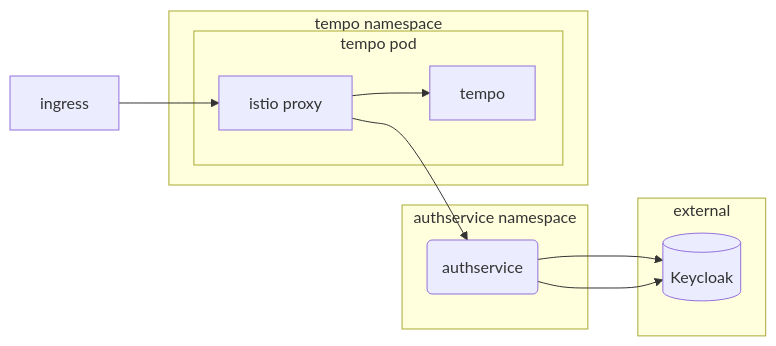
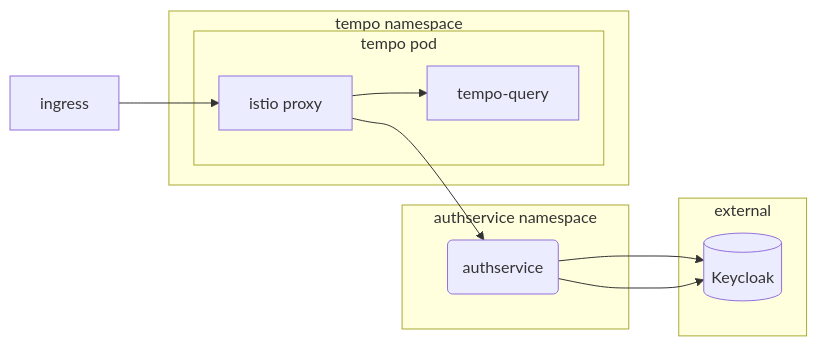
The second of 2 diagrams in docs/understanding-bigbang/package-architecture/tempo.md (alfredodiaz53/big-bang), drawn with Mermaid before and after one commit. The commit also changed other lines of this file, not shown here.

Commit message:
more updates

````diff
--- a/docs/understanding-bigbang/package-architecture/tempo.md
+++ b/docs/understanding-bigbang/package-architecture/tempo.md
@@ -64,27 +68,27 @@
 ```mermaid
 flowchart LR
 
 A --> K[(Keycloak)]
 
 subgraph external
 K
 end
 
 subgraph auth["authservice namespace"]
     A(authservice) --> K
 end
 
 
 
 ingress --> IP
 
 
 subgraph "tempo namespace"
     subgraph "tempo pod"
-        T["tempo"]
+        T["tempo-query"]
         IP["istio proxy"] --> A
         IP --> T
     end
 end
 
 ```
````
